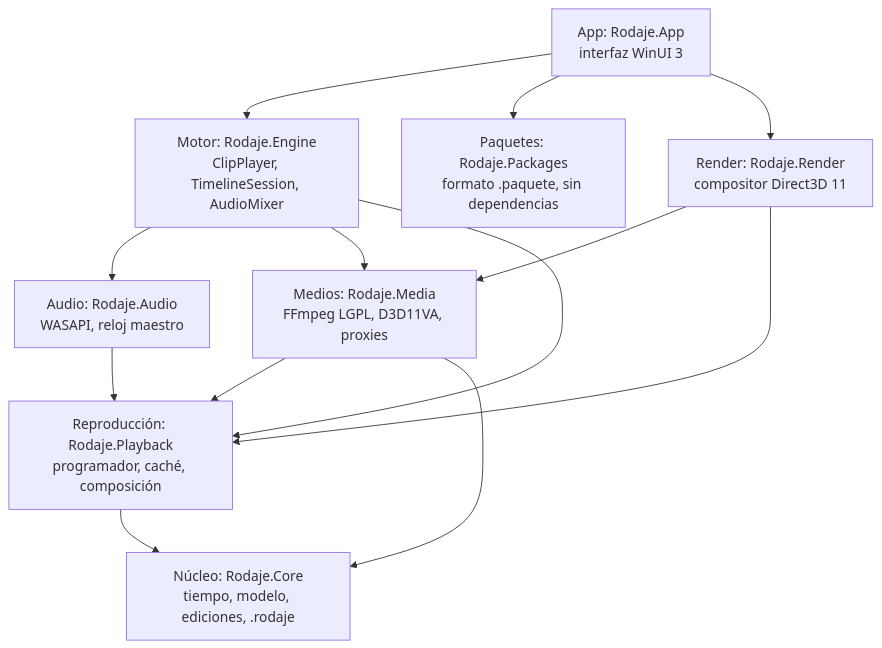
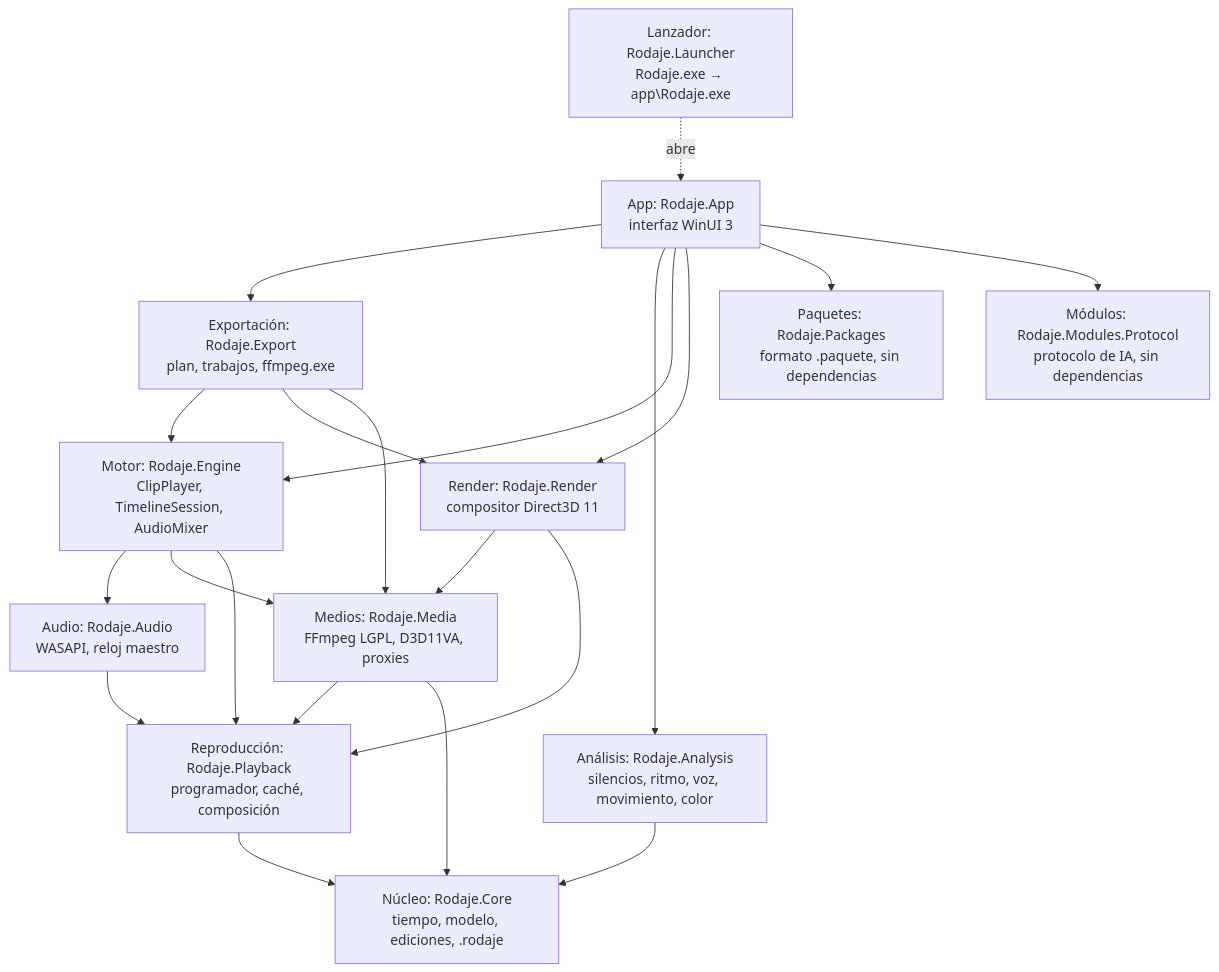
Before and after one commit to Dathinel/rodaje: the diagram in docs/arquitectura/README.md, drawn with Mermaid. The commit also changed other lines of this file and 9 other files, not shown here.

````diff
--- a/docs/arquitectura/README.md
+++ b/docs/arquitectura/README.md
@@ -5,23 +5,35 @@
 ```mermaid
 flowchart TB
+    Launcher["Lanzador: Rodaje.Launcher<br/>Rodaje.exe → app\Rodaje.exe"]
     App["App: Rodaje.App<br/>interfaz WinUI 3"]
+    Export["Exportación: Rodaje.Export<br/>plan, trabajos, ffmpeg.exe"]
+    Analysis["Análisis: Rodaje.Analysis<br/>silencios, ritmo, voz, movimiento, color"]
     Engine["Motor: Rodaje.Engine<br/>ClipPlayer, TimelineSession, AudioMixer"]
     Render["Render: Rodaje.Render<br/>compositor Direct3D 11"]
     Audio["Audio: Rodaje.Audio<br/>WASAPI, reloj maestro"]
     Media["Medios: Rodaje.Media<br/>FFmpeg LGPL, D3D11VA, proxies"]
     Playback["Reproducción: Rodaje.Playback<br/>programador, caché, composición"]
     Core["Núcleo: Rodaje.Core<br/>tiempo, modelo, ediciones, .rodaje"]
     Paquetes["Paquetes: Rodaje.Packages<br/>formato .paquete, sin dependencias"]
+    Modulos["Módulos: Rodaje.Modules.Protocol<br/>protocolo de IA, sin dependencias"]
+    Launcher -.->|"abre"| App
+    App --> Export
+    App --> Analysis
     App --> Engine
+    App --> Render
     App --> Paquetes
-    App --> Render
+    App --> Modulos
+    Export --> Engine
+    Export --> Render
+    Export --> Media
+    Analysis --> Core
     Engine --> Audio
     Engine --> Media
     Engine --> Playback
     Render --> Media
     Render --> Playback
     Audio --> Playback
     Media --> Playback
     Media --> Core
     Playback --> Core
 ```
````
